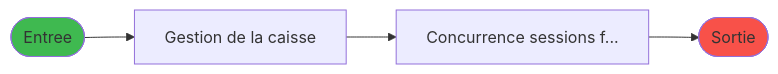
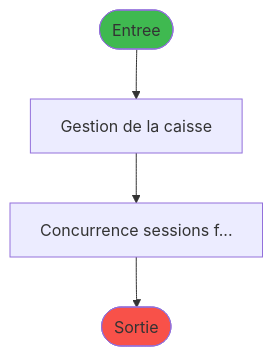
The first of 3 diagrams in .openspec/specs/ADH-IDE-121.md (thonyAGP/lecteur-magic), drawn with Mermaid before and after one commit. The commit also changed other lines of this file and 30 other files, not shown here.

````diff
--- a/.openspec/specs/ADH-IDE-121.md
+++ b/.openspec/specs/ADH-IDE-121.md
@@ -147,12 +132,12 @@
 ```mermaid
-flowchart LR
+flowchart TD
     START([Entree])
     style START fill:#3fb950
     F1[Gestion de la caisse]
     START --> F1
     F2[Concurrence sessions f...]
     F1 --> F2
     FIN([Sortie])
     style FIN fill:#f85149
     F2 --> FIN
 ```
````
